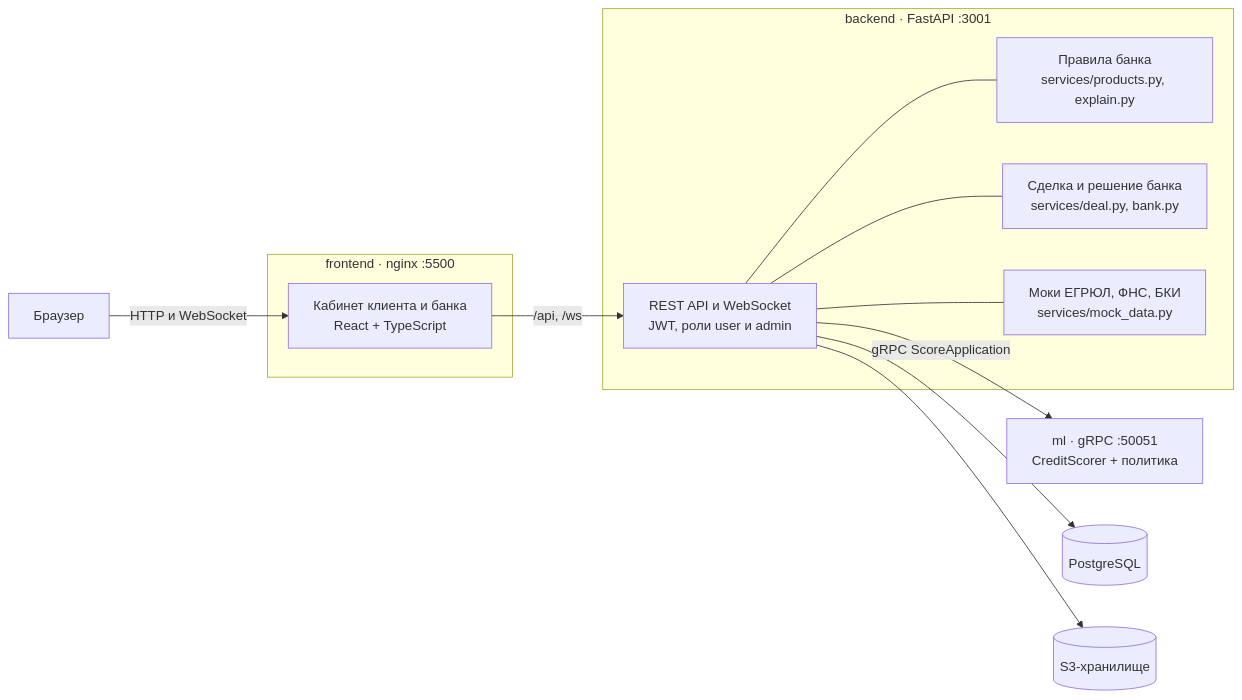
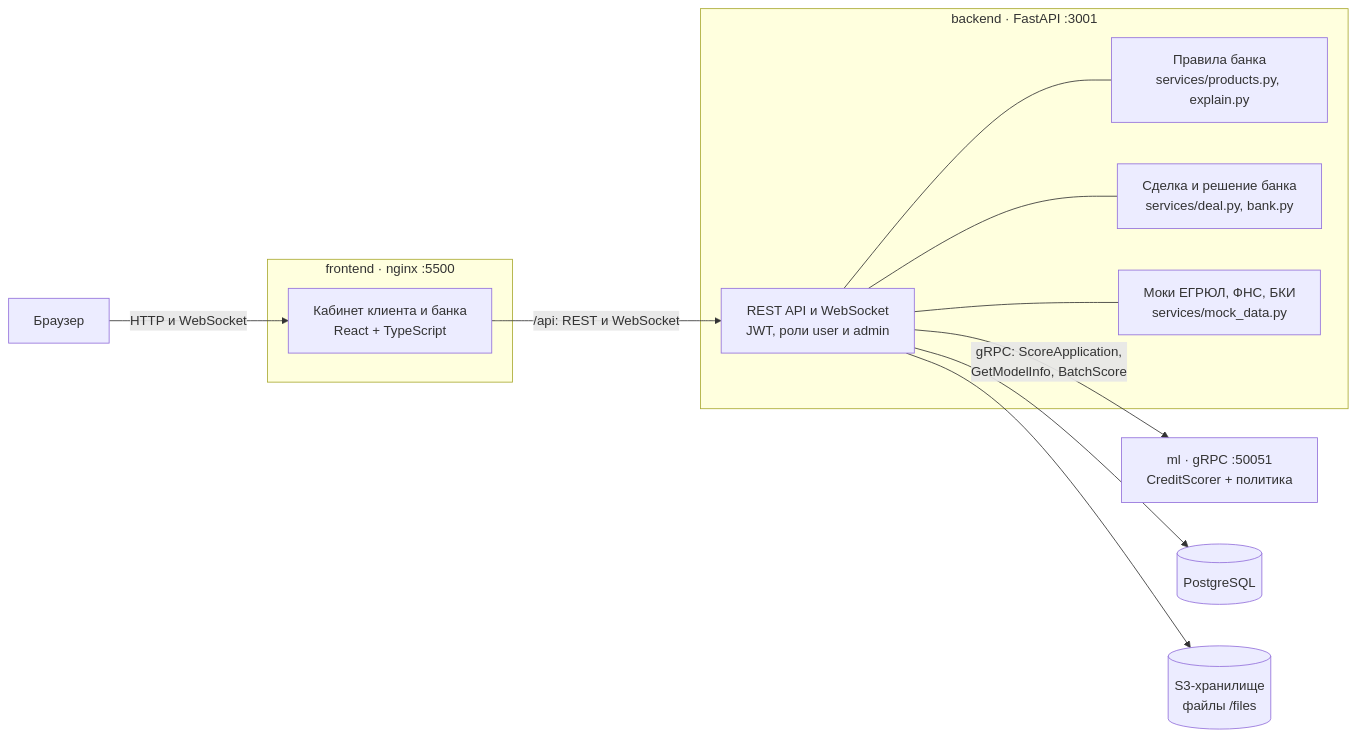
Before and after one commit to nebel310/SimpleCredits: the first of 4 diagrams in docs/architecture.md, drawn with Mermaid. The commit also changed 1 other file, not shown here.

Commit message:
Документация: точные подписи на схеме архитектуры
Что было не так:
- на схеме фронтенд → бэкенд стояло «/api, /ws», хотя WebSocket тоже идёт через
  /api (/api/ws/applications → nginx → бэкенд /ws/applications);
- на стрелке к ML был только ScoreApplication, а бэкенд вызывает ещё
  GetModelInfo (карточка модели в кабинете банка) и BatchScoreApplications
  (/scoring/batch);
- не было видно, зачем S3-хранилище.

Что сделано:
- подписи: «/api: REST и WebSocket», «gRPC: ScoreApplication, GetModelInfo,
  BatchScore», у S3 — «файлы /files». В README и docs/architecture.md.

Как проверено:
- сверено с frontend/src/api/ws.ts, frontend/nginx.conf, backend/router/
  scoring.py и services/application.py; схемы отрисованы mermaid-cli.

````diff
--- a/docs/architecture.md
+++ b/docs/architecture.md
@@ -7,24 +7,24 @@
 ```mermaid
 flowchart LR
   user["Браузер"]
   subgraph frontend["frontend · nginx :5500"]
     spa["Кабинет клиента и банка<br/>React + TypeScript"]
   end
   subgraph backend["backend · FastAPI :3001"]
     api["REST API и WebSocket<br/>JWT, роли user и admin"]
     rules["Правила банка<br/>services/products.py, explain.py"]
     deal["Сделка и решение банка<br/>services/deal.py, bank.py"]
     mocks["Моки ЕГРЮЛ, ФНС, БКИ<br/>services/mock_data.py"]
   end
   ml["ml · gRPC :50051<br/>CreditScorer + политика"]
   db[("PostgreSQL")]
-  s3[("S3-хранилище")]
+  s3[("S3-хранилище<br/>файлы /files")]
   user -->|"HTTP и WebSocket"| spa
-  spa -->|"/api, /ws"| api
+  spa -->|"/api: REST и WebSocket"| api
   api --- rules
   api --- deal
   api --- mocks
-  api -->|"gRPC ScoreApplication"| ml
+  api -->|"gRPC: ScoreApplication,<br/>GetModelInfo, BatchScore"| ml
   api --> db
   api --> s3
 ```
````
